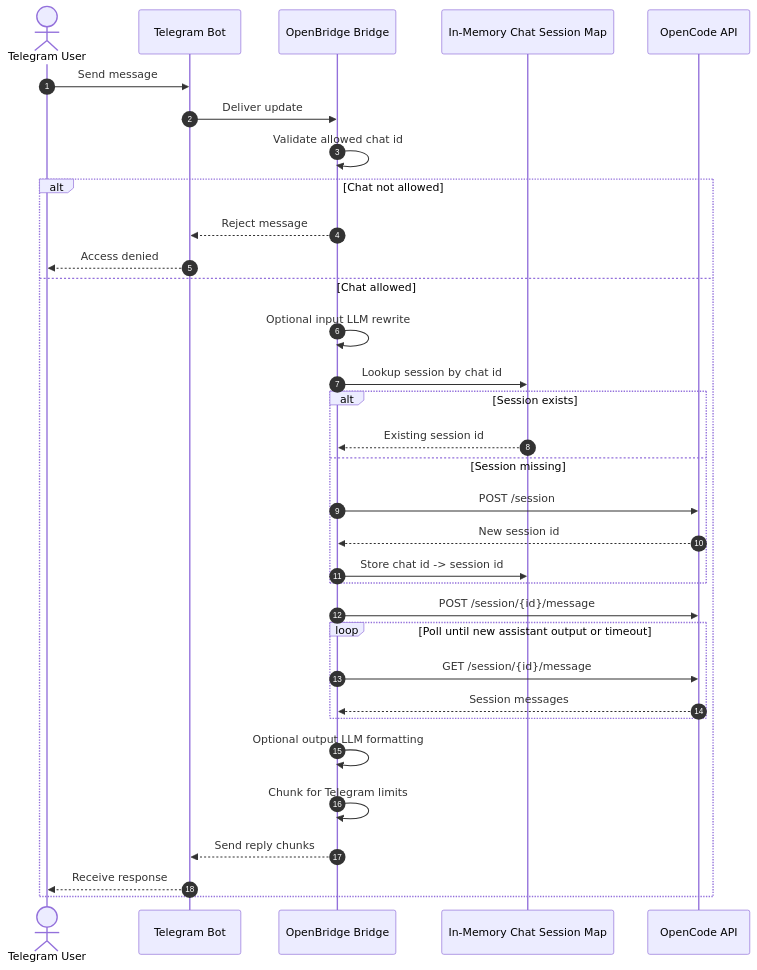
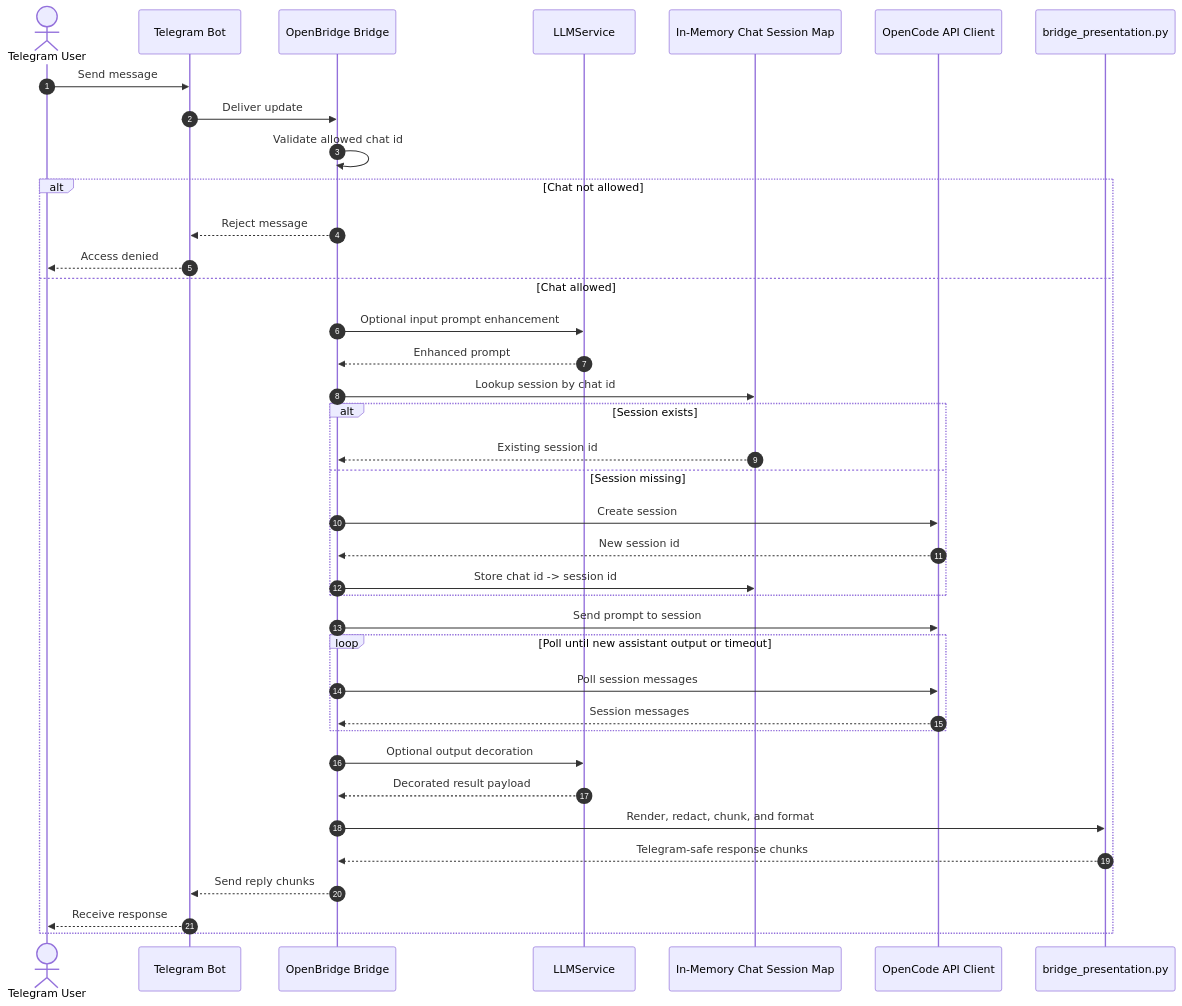
Before and after one commit to ArindamTripathi619/openbridge: the second of 4 diagrams in README.md, drawn with Mermaid. The commit also changed other lines of this file and 3 other files, not shown here.

````diff
--- a/README.md
+++ b/README.md
@@ -138,36 +139,41 @@
 ```mermaid
 sequenceDiagram
   autonumber
   actor User as Telegram User
   participant TG as Telegram Bot
   participant Bridge as OpenBridge Bridge
+  participant LLM as LLMService
   participant Sessions as In-Memory Chat Session Map
-  participant OC as OpenCode API
+  participant OC as OpenCode API Client
+  participant Presentation as bridge_presentation.py
 
   User->>TG: Send message
   TG->>Bridge: Deliver update
   Bridge->>Bridge: Validate allowed chat id
   alt Chat not allowed
     Bridge-->>TG: Reject message
     TG-->>User: Access denied
   else Chat allowed
-    Bridge->>Bridge: Optional input LLM rewrite
+    Bridge->>LLM: Optional input prompt enhancement
+    LLM-->>Bridge: Enhanced prompt
     Bridge->>Sessions: Lookup session by chat id
     alt Session exists
       Sessions-->>Bridge: Existing session id
     else Session missing
-      Bridge->>OC: POST /session
+      Bridge->>OC: Create session
       OC-->>Bridge: New session id
       Bridge->>Sessions: Store chat id -> session id
     end
-    Bridge->>OC: POST /session/{id}/message
+    Bridge->>OC: Send prompt to session
     loop Poll until new assistant output or timeout
-      Bridge->>OC: GET /session/{id}/message
+      Bridge->>OC: Poll session messages
       OC-->>Bridge: Session messages
     end
-    Bridge->>Bridge: Optional output LLM formatting
-    Bridge->>Bridge: Chunk for Telegram limits
+    Bridge->>LLM: Optional output decoration
+    LLM-->>Bridge: Decorated result payload
+    Bridge->>Presentation: Render, redact, chunk, and format
+    Presentation-->>Bridge: Telegram-safe response chunks
     Bridge-->>TG: Send reply chunks
     TG-->>User: Receive response
   end
 ```
````
